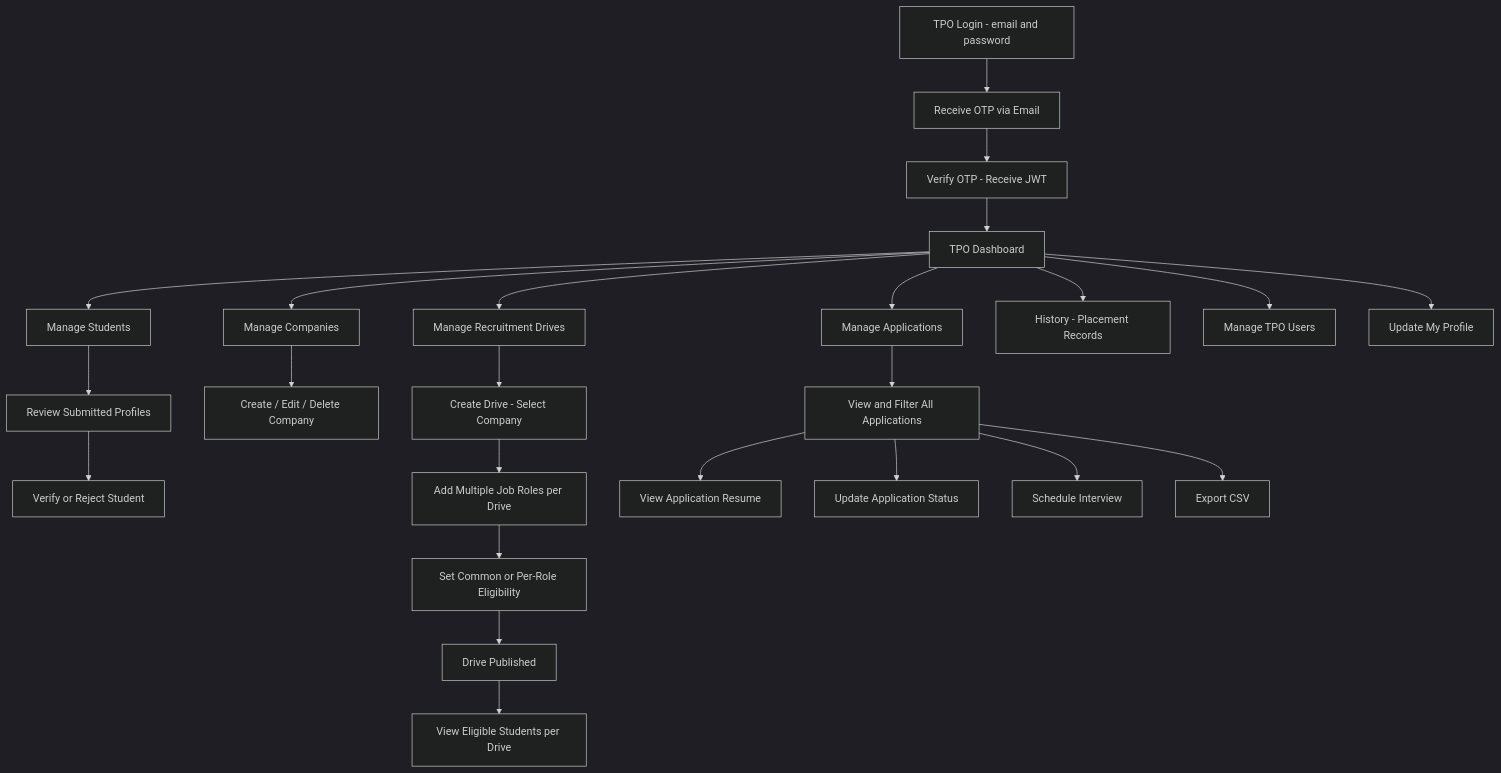
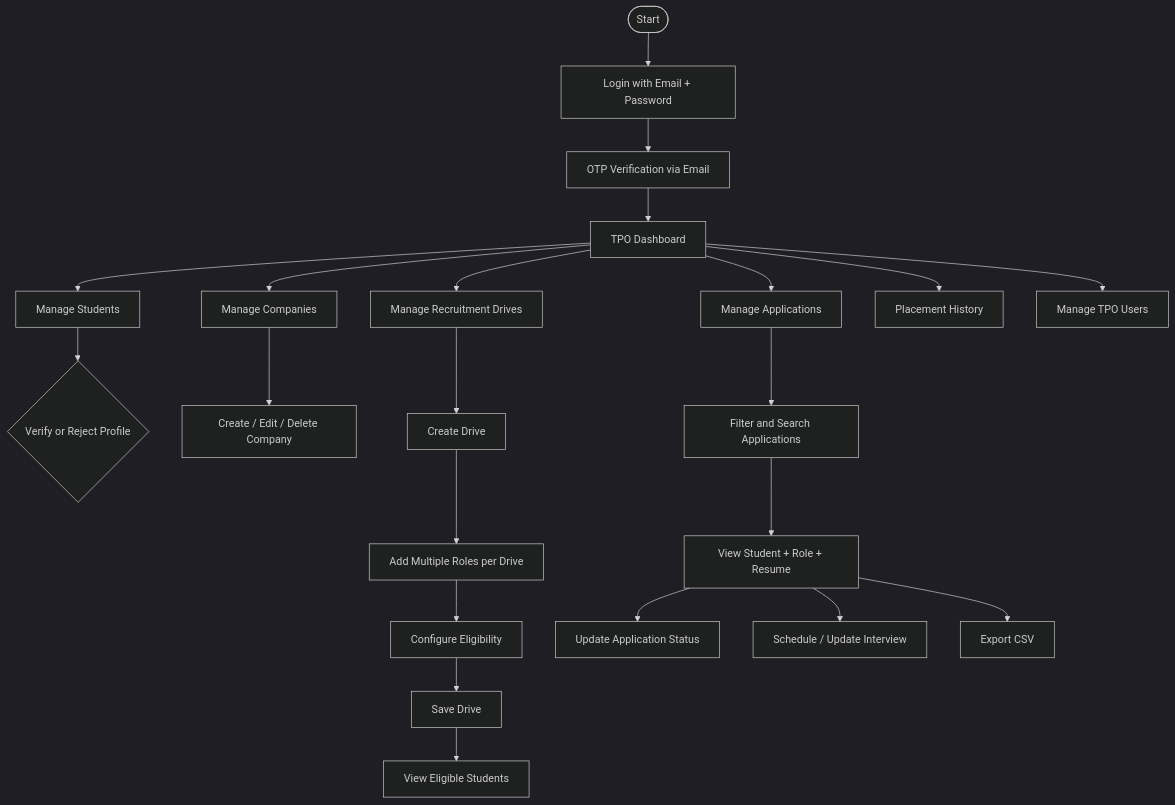
Before and after one commit to paldhaduk7-png/Mini-Placement-Portal: the fifth of 11 diagrams in README.md, drawn with Mermaid (dark theme). The commit also changed other lines of this file, not shown here.

Commit message:
docs: Improve README diagrams and workflow explanations

````diff
--- a/README.md
+++ b/README.md
@@ -455,26 +468,29 @@
 ```mermaid
 flowchart TD
-    A[TPO Login - email and password] --> B[Receive OTP via Email]
-    B --> C[Verify OTP - Receive JWT]
+    A([Start]) --> B[Login with Email + Password]
+    B --> C[OTP Verification via Email]
     C --> D[TPO Dashboard]
+
     D --> E[Manage Students]
-    E --> F[Review Submitted Profiles]
-    F --> G[Verify or Reject Student]
-    D --> H[Manage Companies]
-    H --> I[Create / Edit / Delete Company]
-    D --> J[Manage Recruitment Drives]
-    J --> K[Create Drive - Select Company]
-    K --> L[Add Multiple Job Roles per Drive]
-    L --> M[Set Common or Per-Role Eligibility]
-    M --> N[Drive Published]
-    N --> O[View Eligible Students per Drive]
-    D --> P[Manage Applications]
-    P --> Q[View and Filter All Applications]
-    Q --> R[View Application Resume]
-    Q --> S[Update Application Status]
-    Q --> T[Schedule Interview]
-    Q --> U[Export CSV]
-    D --> V[History - Placement Records]
-    D --> W[Manage TPO Users]
-    D --> X[Update My Profile]
+    E --> E1{Verify or Reject Profile}
+
+    D --> F[Manage Companies]
+    F --> F1[Create / Edit / Delete Company]
+
+    D --> G[Manage Recruitment Drives]
+    G --> G1[Create Drive]
+    G1 --> G2[Add Multiple Roles per Drive]
+    G2 --> G3[Configure Eligibility]
+    G3 --> G4[Save Drive]
+    G4 --> G5[View Eligible Students]
+
+    D --> H[Manage Applications]
+    H --> H1[Filter and Search Applications]
+    H1 --> H2[View Student + Role + Resume]
+    H2 --> H3[Update Application Status]
+    H2 --> H4[Schedule / Update Interview]
+    H2 --> H5[Export CSV]
+
+    D --> I[Placement History]
+    D --> J[Manage TPO Users]
 ```
````
